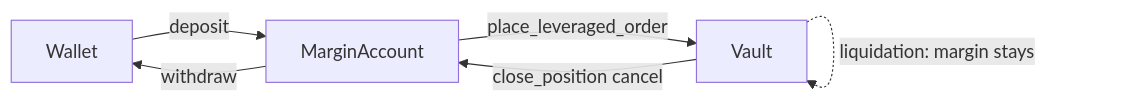
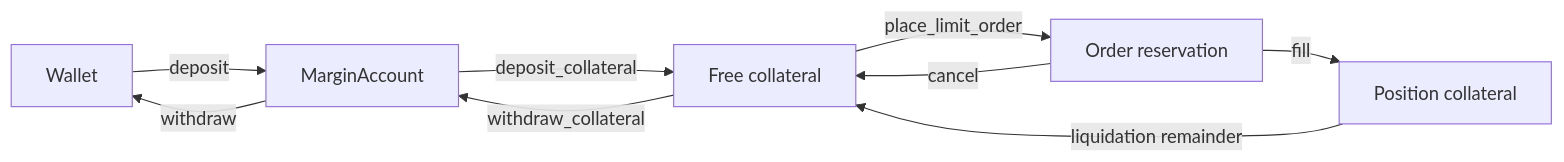
Before and after one commit to dataclique/nth: the diagram in docs/margin.md, drawn with Mermaid. The commit also changed other lines of this file and 21 other files, not shown here.

````diff
--- a/docs/margin.md
+++ b/docs/margin.md
@@ -128,8 +131,11 @@
 ```mermaid
 flowchart LR
   Wallet -->|deposit| MA[MarginAccount]
-  MA -->|place_leveraged_order| Vault
-  Vault -->|close_position cancel| MA
+  MA -->|deposit_collateral| Free[Free collateral]
+  Free -->|place_limit_order| Res[Order reservation]
+  Res -->|fill| Pos[Position collateral]
+  Res -->|cancel| Free
+  Pos -->|liquidation remainder| Free
+  Free -->|withdraw_collateral| MA
   MA -->|withdraw| Wallet
-  Vault -.->|liquidation: margin stays| Vault
 ```
````
